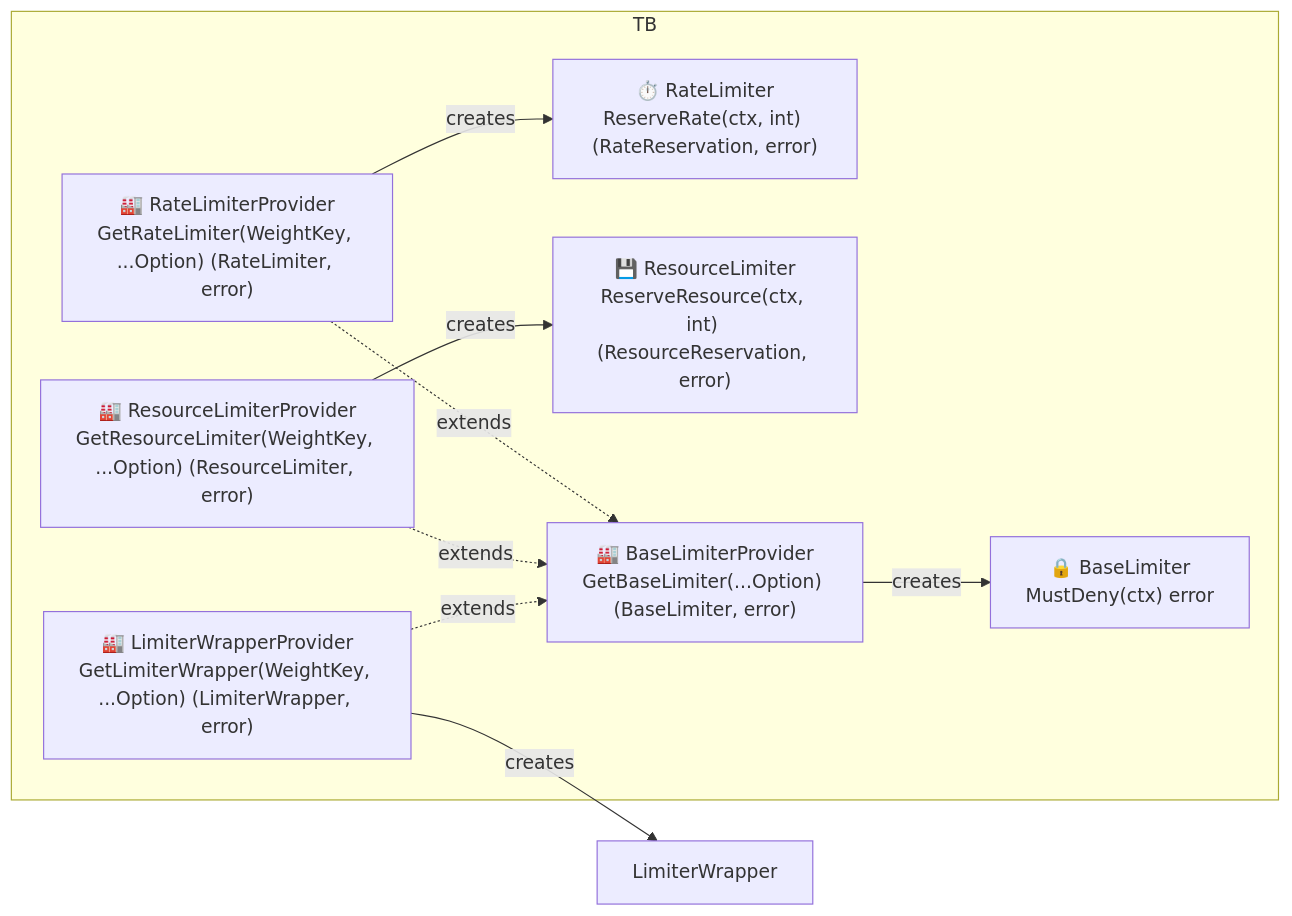
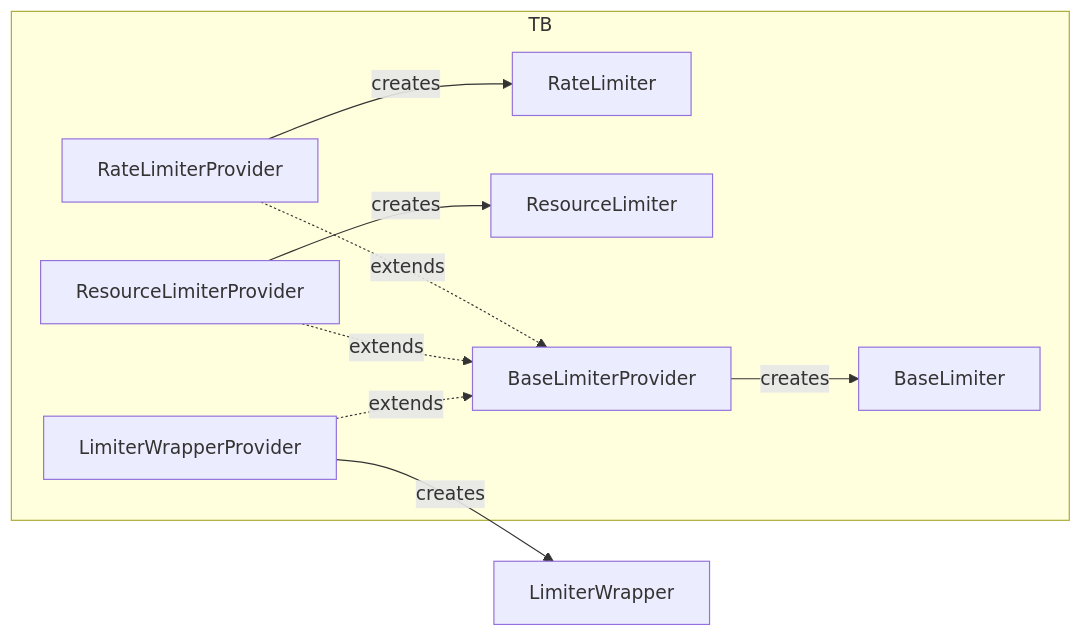
Before and after one commit to open-telemetry/opentelemetry-collector: the diagram in extension/extensionlimiter/README.md, drawn with Mermaid.

````diff
--- a/extension/extensionlimiter/README.md
+++ b/extension/extensionlimiter/README.md
@@ -443,28 +443,28 @@
 ```mermaid
 graph LR
     subgraph TB
     %% Core Limiter Interfaces
-    BaseLimiter["🔒 BaseLimiter<br/>MustDeny(ctx) error"]
-    RateLimiter["⏱️ RateLimiter<br/>ReserveRate(ctx, int) (RateReservation, error)"]
-    ResourceLimiter["💾 ResourceLimiter<br/>ReserveResource(ctx, int) (ResourceReservation, error)"]
+    BaseLimiter["BaseLimiter"]
+    RateLimiter["RateLimiter"]
+    ResourceLimiter["ResourceLimiter"]
     end
 
     subgraph TB
     %% Provider Interfaces
-    BaseLimiterProvider["🏭 BaseLimiterProvider<br/>GetBaseLimiter(...Option) (BaseLimiter, error)"]
-    RateLimiterProvider["🏭 RateLimiterProvider<br/>GetRateLimiter(WeightKey, ...Option) (RateLimiter, error)"]
-    ResourceLimiterProvider["🏭 ResourceLimiterProvider<br/>GetResourceLimiter(WeightKey, ...Option) (ResourceLimiter, error)"]
-    LimiterWrapperProvider["🏭 LimiterWrapperProvider<br/>GetLimiterWrapper(WeightKey, ...Option) (LimiterWrapper, error)"]
+    BaseLimiterProvider["BaseLimiterProvider"]
+    RateLimiterProvider["RateLimiterProvider"]
+    ResourceLimiterProvider["ResourceLimiterProvider"]
+    LimiterWrapperProvider["LimiterWrapperProvider"]
     end
 
     %% Provider Inheritance Relationships
     RateLimiterProvider -.->|extends| BaseLimiterProvider
     ResourceLimiterProvider -.->|extends| BaseLimiterProvider
     LimiterWrapperProvider -.->|extends| BaseLimiterProvider
 
     %% Core Limiter to Provider Relationships
     BaseLimiterProvider -->|creates| BaseLimiter
     RateLimiterProvider -->|creates| RateLimiter
     ResourceLimiterProvider -->|creates| ResourceLimiter
     LimiterWrapperProvider -->|creates| LimiterWrapper
 ```
````
